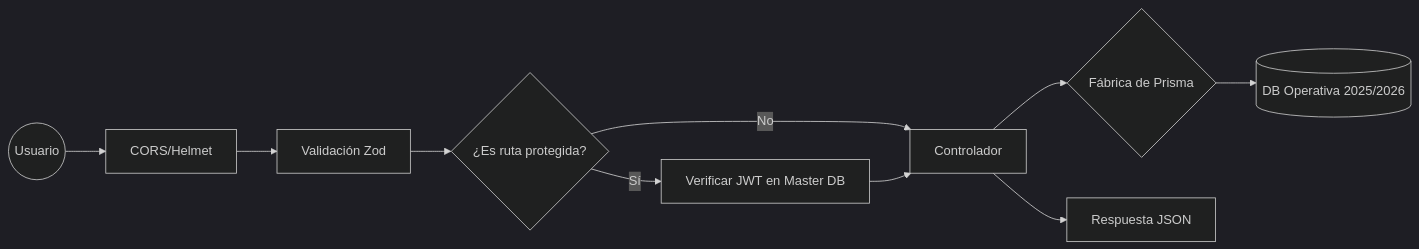
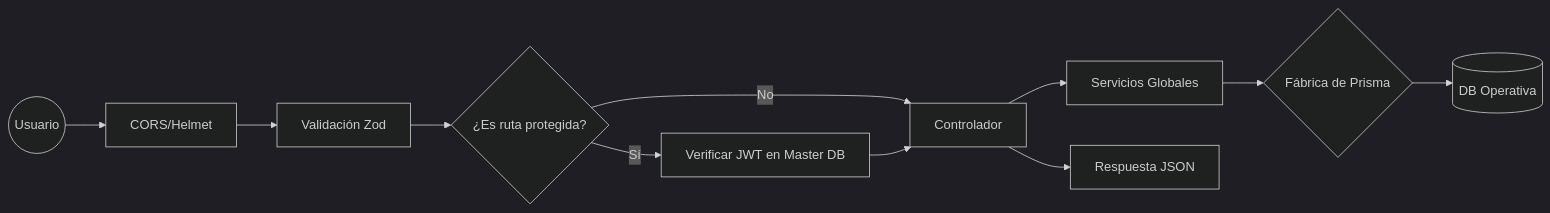
Before and after one commit to DaniDev-19/SICIC-INSAI-V2.0: the diagram in backend/docs/arquitectura_flujo.md, drawn with Mermaid (dark theme). The commit also changed other lines of this file and 18 other files, not shown here.

Commit message:
feature: add work flow for clients and properties and documentation for project

````diff
--- a/backend/docs/arquitectura_flujo.md
+++ b/backend/docs/arquitectura_flujo.md
@@ -47,12 +50,13 @@
 ```mermaid
 graph LR
     User((Usuario)) --> FW[CORS/Helmet]
     FW --> VAL[Validación Zod]
     VAL --> AUTH{¿Es ruta protegida?}
     AUTH -- Sí --> JWT[Verificar JWT en Master DB]
     AUTH -- No --> CTRL[Controlador]
     JWT --> CTRL
-    CTRL --> DB_FACTORY{Fábrica de Prisma}
-    DB_FACTORY --> DB_OP[(DB Operativa 2025/2026)]
+    CTRL --> SERV[Servicios Globales]
+    SERV --> DB_FACTORY{Fábrica de Prisma}
+    DB_FACTORY --> DB_OP[(DB Operativa)]
     CTRL --> Res[Respuesta JSON]
 ```
````
